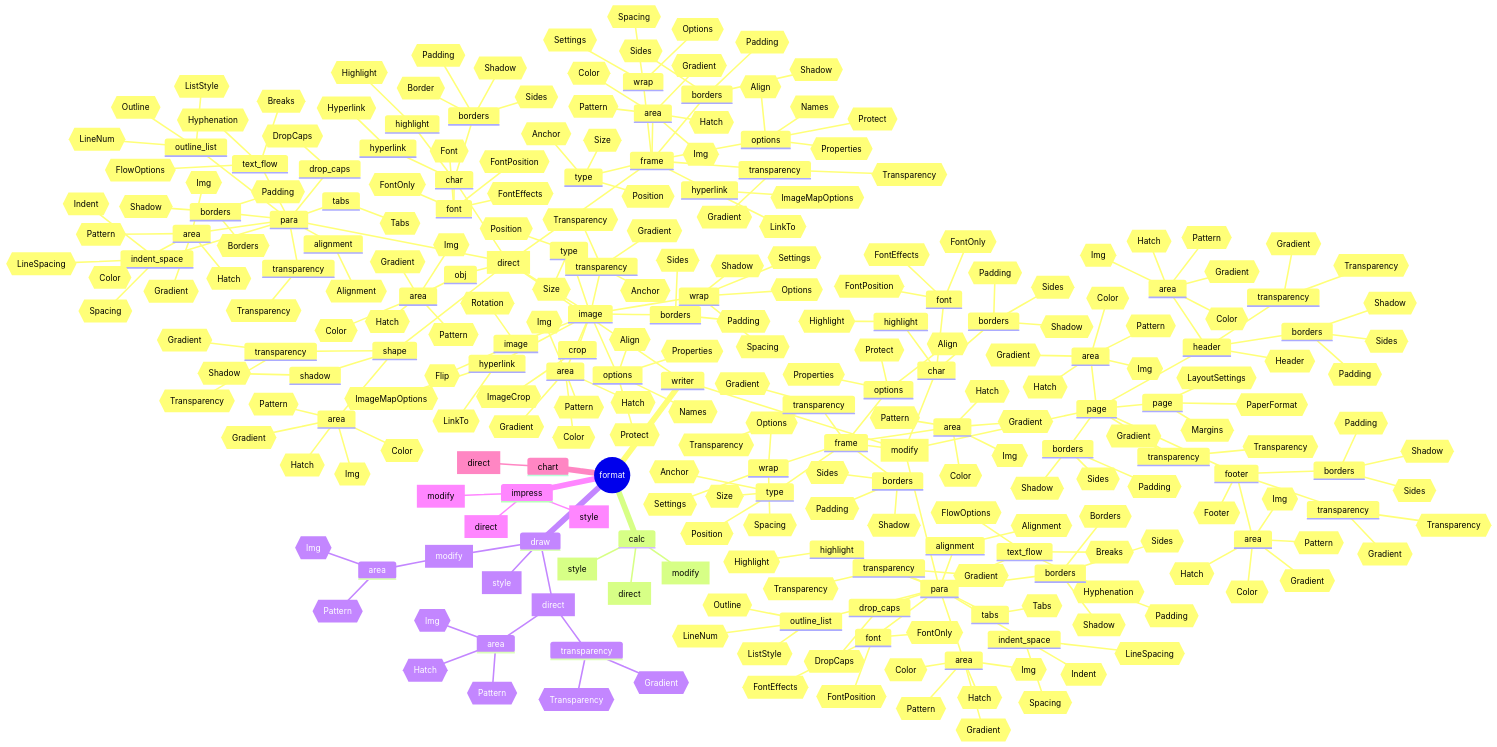
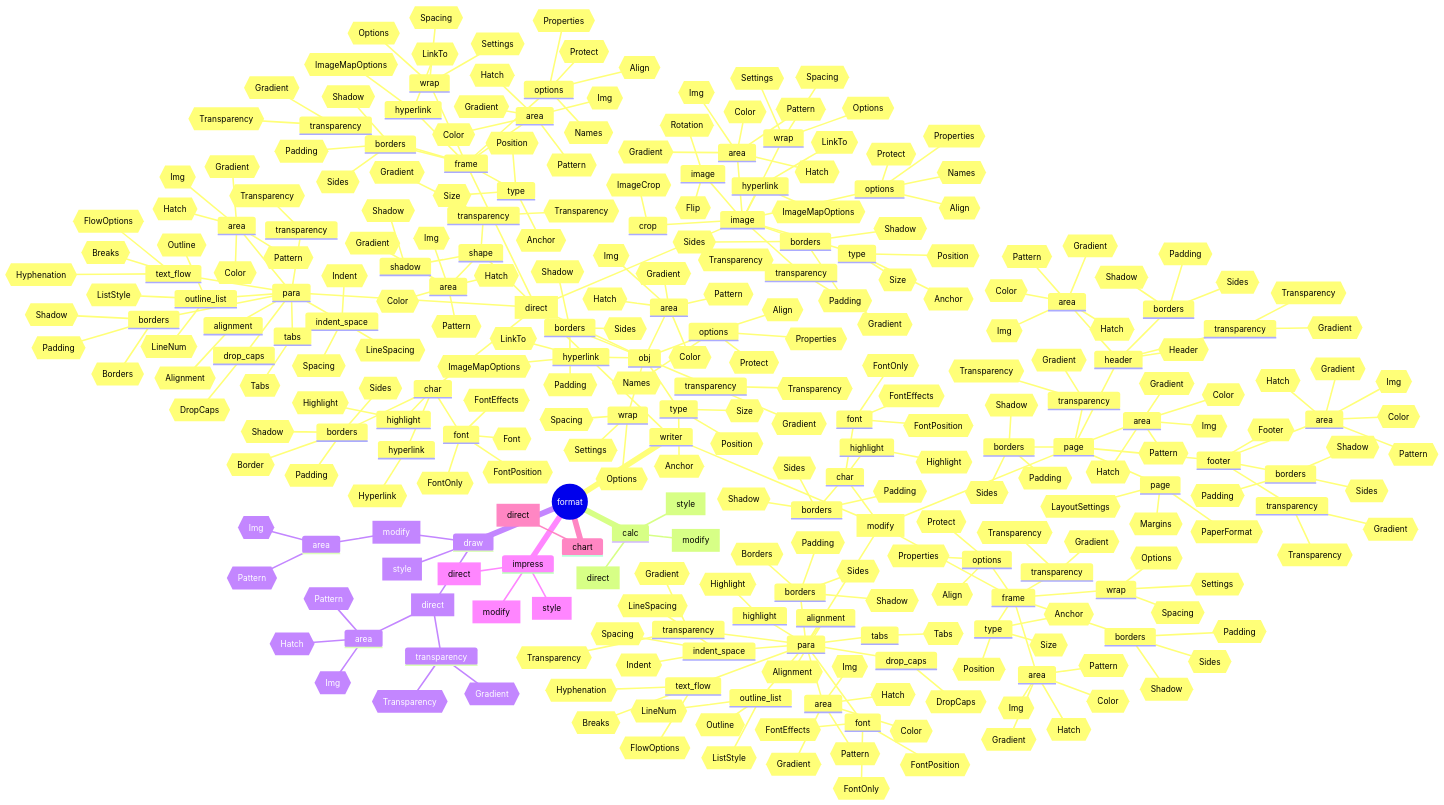
One commit to Amourspirit/python_ooo_dev_tools changed the diagram in ooodev/format/readme.md. Above: the diagram before and after it, drawn with Mermaid. The commit also changed 9 other files, not shown here.

```diff
--- a/ooodev/format/readme.md
+++ b/ooodev/format/readme.md
@@ -131,12 +131,35 @@
                         id{{Gradient}}
                         id{{Transparency}}
                 obj
+                    type
+                        id{{Anchor}}
+                        id{{Position}}
+                        id{{Size}}
+                    options
+                        id{{Align}}
+                        id{{Names}}
+                        id{{Properties}}
+                        id{{Protect}}
+                    wrap
+                        id{{Options}}
+                        id{{Settings}}
+                        id{{Spacing}}
+                    hyperlink
+                        id{{LinkTo}}
+                        id{{ImageMapOptions}}
+                    borders
+                        id{{Padding}}
+                        id{{Sides}}
+                        id{{Shadow}}
                     area
                         id{{Color}}
                         id{{Gradient}}
                         id{{Hatch}}
                         id{{Img}}
                         id{{Pattern}}
+                    transparency
+                        id{{Gradient}}
+                        id{{Transparency}}
             [modify]
                 page
                     page
```
